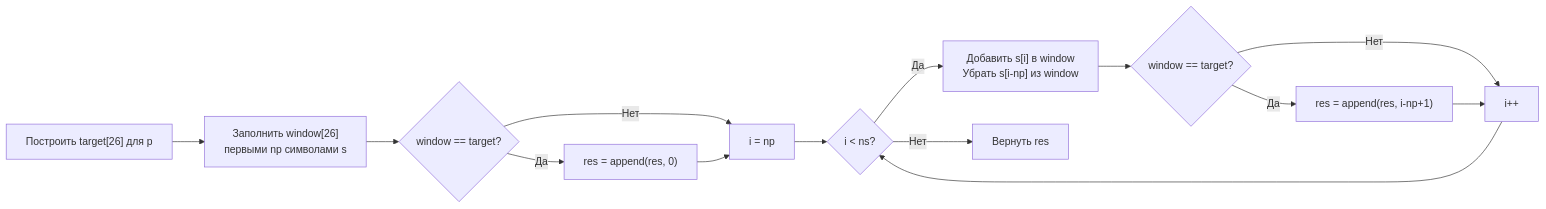
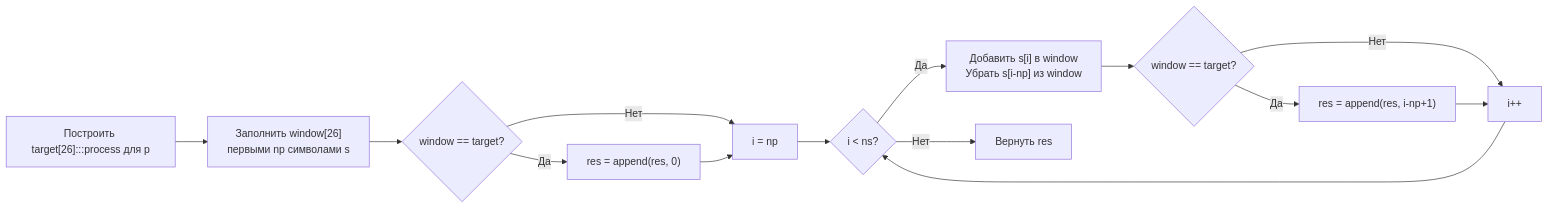
Before and after one commit to UnrealTemplier/go-textbook: the diagram in sources/21. Задачи с LeetCode и собеседований на Go/02. Задачи/03. Скользящее окно/9. Find All Anagrams in a String.md, drawn with Mermaid. The commit also changed 1666 other files, not shown here.

First line of the commit message:
feat(mermaid): add semantic color classDef to 1369 colorless flowchart/graph diagrams

````diff
--- a/sources/21. Задачи с LeetCode и собеседований на Go/02. Задачи/03. Скользящее окно/9. Find All Anagrams in a String.md
+++ b/sources/21. Задачи с LeetCode и собеседований на Go/02. Задачи/03. Скользящее окно/9. Find All Anagrams in a String.md
@@ -77,16 +77,26 @@
 ```mermaid
 flowchart LR
-    A["Построить target[26] для p"] --> B["Заполнить window[26]<br>первыми np символами s"]
+    classDef process  fill:#1e293b,stroke:#38bdf8,stroke-width:1px,color:#f8fafc
+    classDef success  fill:#064e3b,stroke:#34d399,stroke-width:1px,color:#f8fafc
+    classDef error    fill:#7f1d1d,stroke:#f87171,stroke-width:1px,color:#f8fafc
+    classDef warning  fill:#78350f,stroke:#fbbf24,stroke-width:1px,color:#f8fafc
+    classDef entry    fill:#1e3a5f,stroke:#38bdf8,stroke-width:2px,color:#f8fafc
+    classDef aux      fill:#334155,stroke:#64748b,stroke-width:1px,color:#f8fafc
+    classDef system   fill:#312e81,stroke:#a78bfa,stroke-width:1px,color:#f8fafc
+    classDef data     fill:#132d29,stroke:#2dd4bf,stroke-width:1px,color:#f8fafc
+    classDef network  fill:#881337,stroke:#fb7185,stroke-width:1px,color:#f8fafc
+    classDef accent   fill:#1e1b4b,stroke:#818cf8,stroke-width:1px,color:#f8fafc
+    A["Построить target[26]:::process для p"] --> B["Заполнить window[26]<br>первыми np символами s"]
     B --> C{"window == target?"}
     C -->|"Да"| D["res = append(res, 0)"]
     C -->|"Нет"| E["i = np"]
     D --> E
     E --> F{"i < ns?"}
     F -->|"Да"| G["Добавить s[i] в window<br>Убрать s[i-np] из window"]
     G --> H{"window == target?"}
     H -->|"Да"| I["res = append(res, i-np+1)"]
     H -->|"Нет"| J["i++"]
     I --> J
     J --> F
     F -->|"Нет"| K["Вернуть res"]
 ```
````
